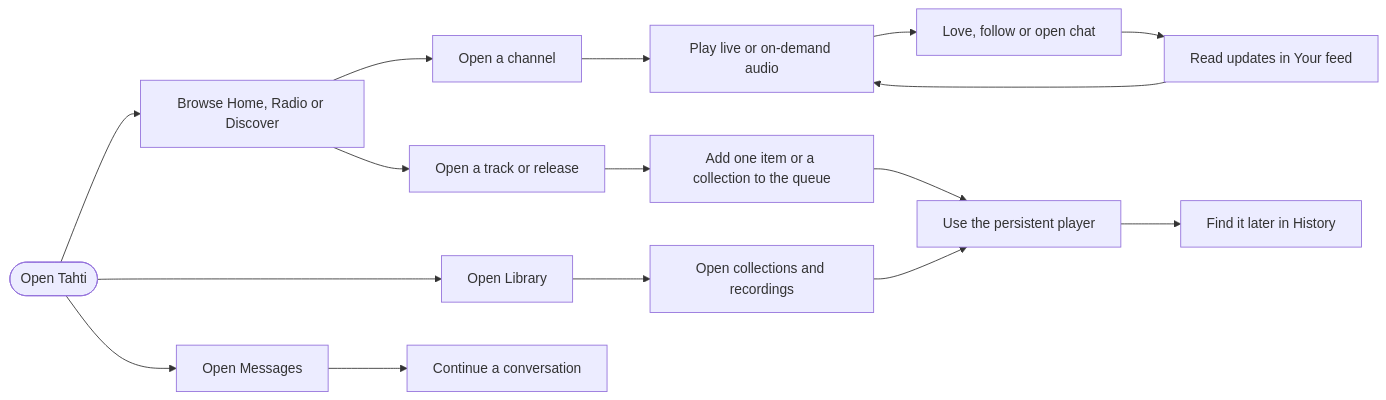
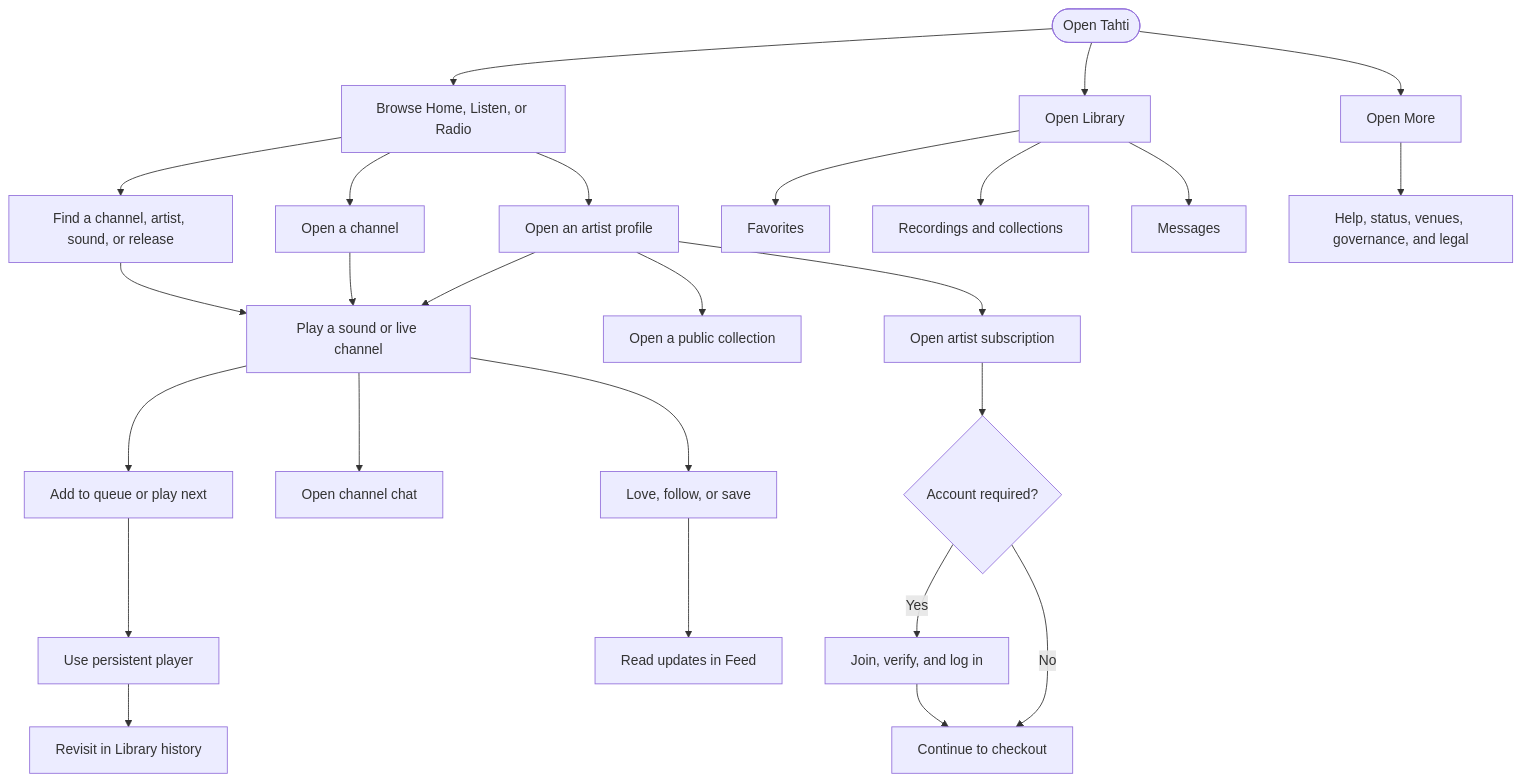
Before and after one commit to janiluuk/tahti-nuclear-player: the second of 4 diagrams in packages/docs/core-concepts/tahti-sitemap-and-journeys.md, drawn with Mermaid. The commit also changed other lines of this file and 18 other files, not shown here.

````diff
--- a/packages/docs/core-concepts/tahti-sitemap-and-journeys.md
+++ b/packages/docs/core-concepts/tahti-sitemap-and-journeys.md
@@ -90,18 +82,28 @@
 ```mermaid
-flowchart LR
-  Start([Open Tahti]) --> Browse[Browse Home, Radio or Discover]
+flowchart TD
+  Start([Open Tahti]) --> Browse[Browse Home, Listen, or Radio]
+  Browse --> Search[Find a channel, artist, sound, or release]
   Browse --> Channel[Open a channel]
-  Browse --> Track[Open a track or release]
-  Channel --> Play[Play live or on-demand audio]
-  Track --> Queue[Add one item or a collection to the queue]
-  Play --> Love[Love, follow or open chat]
-  Queue --> Player[Use the persistent player]
-  Love --> Feed[Read updates in Your feed]
-  Feed --> Play
-  Player --> History[Find it later in History]
+  Browse --> Profile[Open an artist profile]
+  Search --> Playback[Play a sound or live channel]
+  Channel --> Playback
+  Profile --> Playback
+  Profile --> Collection[Open a public collection]
+  Profile --> Subscribe[Open artist subscription]
+  Subscribe --> AccountGate{Account required?}
+  AccountGate -->|Yes| Join[Join, verify, and log in]
+  AccountGate -->|No| Checkout[Continue to checkout]
+  Join --> Checkout
+  Playback --> Queue[Add to queue or play next]
+  Playback --> Chat[Open channel chat]
+  Playback --> Follow[Love, follow, or save]
+  Queue --> Player[Use persistent player]
+  Player --> History[Revisit in Library history]
+  Follow --> Feed[Read updates in Feed]
   Start --> Library[Open Library]
-  Library --> Collections[Open collections and recordings]
-  Collections --> Player
-  Start --> Messages[Open Messages]
-  Messages --> Conversation[Continue a conversation]
+  Library --> Favorites[Favorites]
+  Library --> Recordings[Recordings and collections]
+  Library --> Messages[Messages]
+  Start --> More[Open More]
+  More --> Help[Help, status, venues, governance, and legal]
 ```
````
